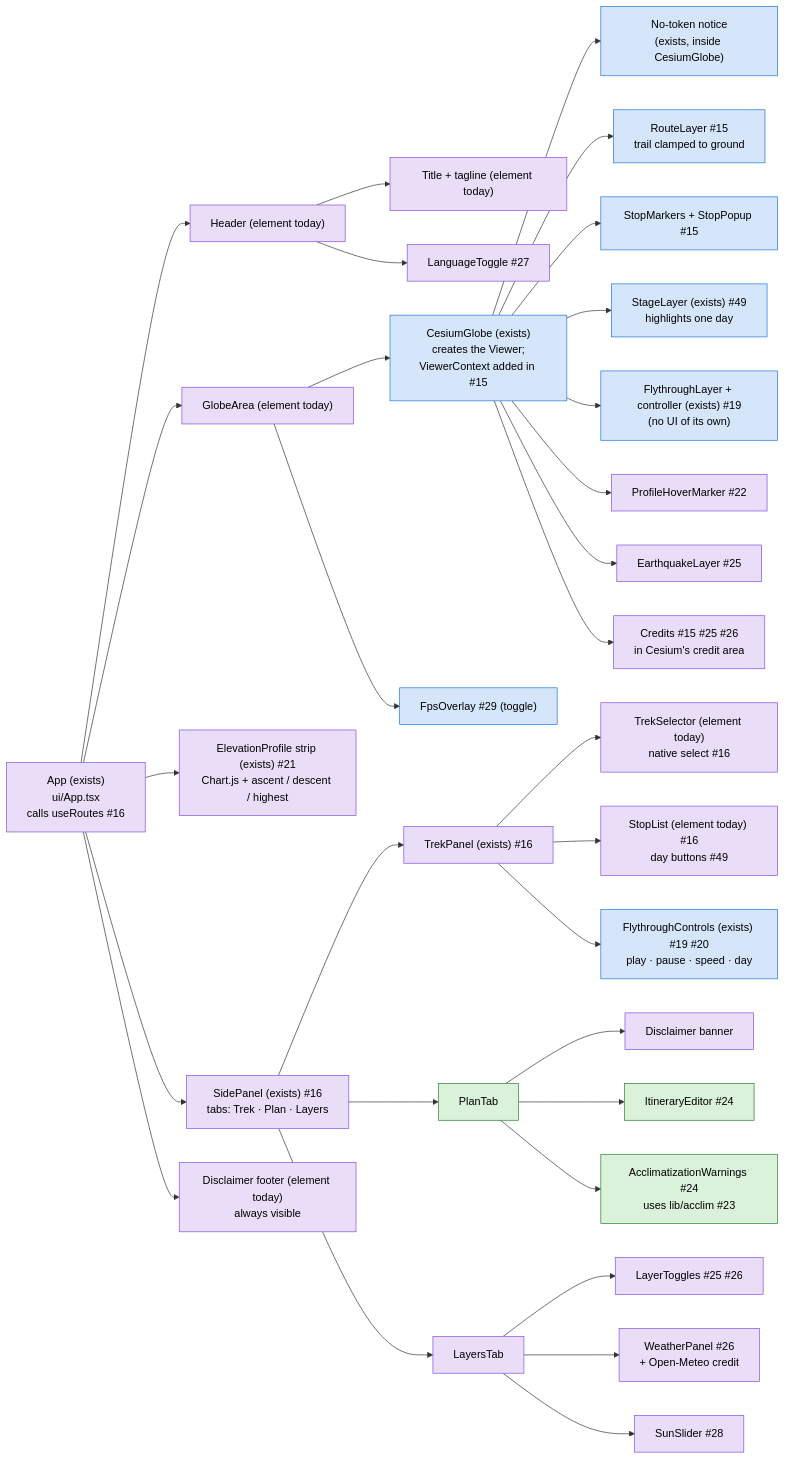
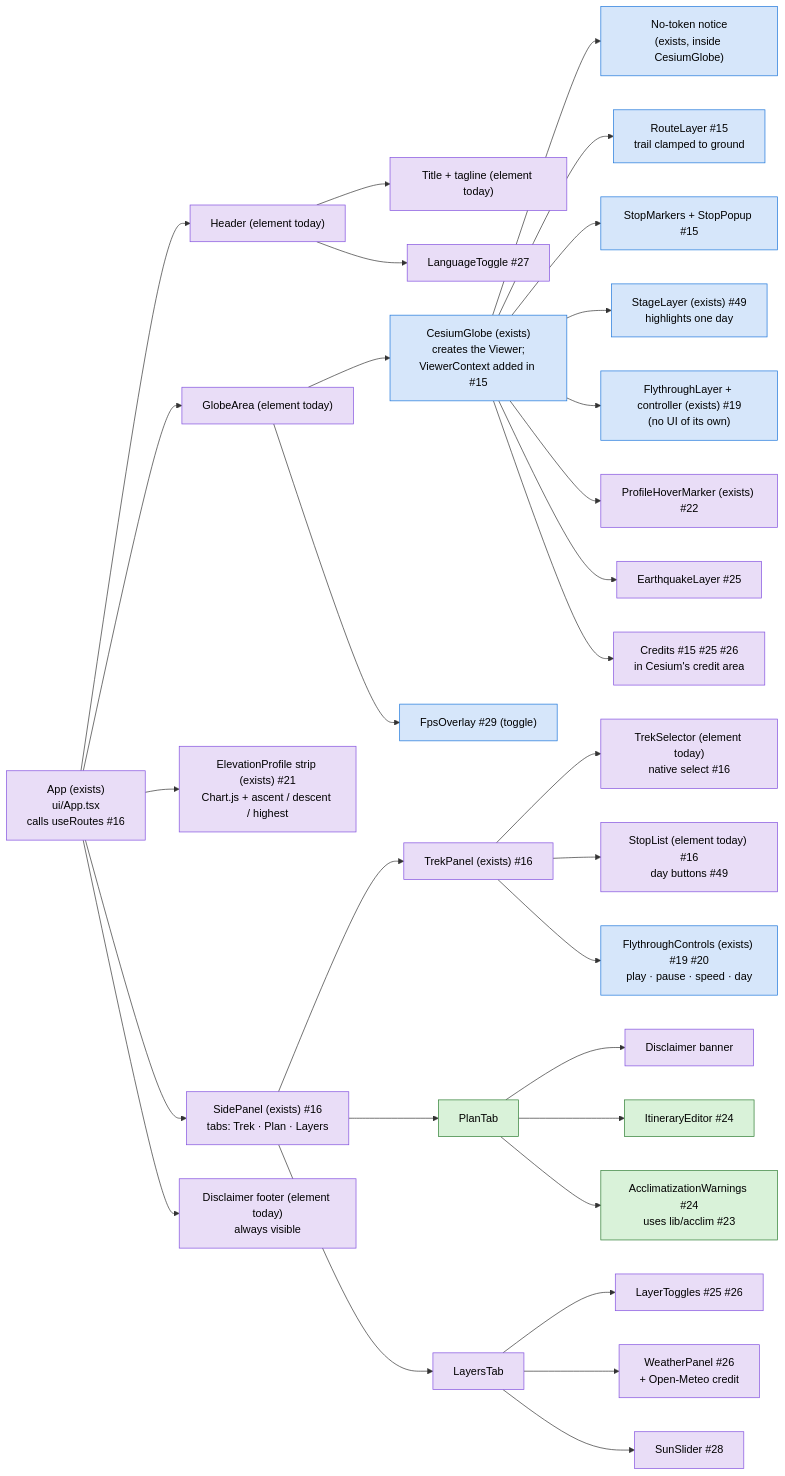
Before and after one commit to dipson6525/himalaya-3d: the first of 2 diagrams in docs/ui-design.md, drawn with Mermaid. The commit also changed other lines of this file and 5 other files, not shown here.

````diff
--- a/docs/ui-design.md
+++ b/docs/ui-design.md
@@ -51,42 +51,42 @@
 ```mermaid
 flowchart LR
   App["App (exists)<br/>ui/App.tsx<br/>calls useRoutes #16"]:::dipson
 
   App --> Header["Header (element today)"]:::dipson
   Header --> Title["Title + tagline (element today)"]:::dipson
   Header --> Lang["LanguageToggle #27"]:::dipson
 
   App --> GlobeArea["GlobeArea (element today)"]:::dipson
   GlobeArea --> Globe["CesiumGlobe (exists)<br/>creates the Viewer;<br/>ViewerContext added in #15"]:::sparsh
   Globe --> Notice["No-token notice<br/>(exists, inside CesiumGlobe)"]:::sparsh
   Globe --> RouteLayer["RouteLayer #15<br/>trail clamped to ground"]:::sparsh
   Globe --> Stops["StopMarkers + StopPopup #15"]:::sparsh
   Globe --> StageLayer["StageLayer (exists) #49<br/>highlights one day"]:::sparsh
   Globe --> Fly["FlythroughLayer + controller (exists) #19<br/>(no UI of its own)"]:::sparsh
-  Globe --> HoverMarker["ProfileHoverMarker #22"]:::dipson
+  Globe --> HoverMarker["ProfileHoverMarker (exists) #22"]:::dipson
   Globe --> Quakes["EarthquakeLayer #25"]:::dipson
   Globe --> Credits["Credits #15 #25 #26<br/>in Cesium's credit area"]:::dipson
   GlobeArea --> Fps["FpsOverlay #29 (toggle)"]:::sparsh
 
   App --> Profile["ElevationProfile strip (exists) #21<br/>Chart.js + ascent / descent / highest"]:::dipson
 
   App --> Panel["SidePanel (exists) #16<br/>tabs: Trek · Plan · Layers"]:::dipson
   Panel --> TrekTab["TrekPanel (exists) #16"]:::dipson
   TrekTab --> Selector["TrekSelector (element today)<br/>native select #16"]:::dipson
   TrekTab --> StopList["StopList (element today) #16<br/>day buttons #49"]:::dipson
   TrekTab --> FlyControls["FlythroughControls (exists) #19 #20<br/>play · pause · speed · day"]:::sparsh
   Panel --> PlanTab["PlanTab"]:::unique
   PlanTab --> PlanNote["Disclaimer banner"]:::dipson
   PlanTab --> Itinerary["ItineraryEditor #24"]:::unique
   PlanTab --> Warnings["AcclimatizationWarnings #24<br/>uses lib/acclim #23"]:::unique
   Panel --> LayersTab["LayersTab"]:::dipson
   LayersTab --> Toggles["LayerToggles #25 #26"]:::dipson
   LayersTab --> Weather["WeatherPanel #26<br/>+ Open-Meteo credit"]:::dipson
   LayersTab --> Sun["SunSlider #28"]:::dipson
 
   App --> Footer["Disclaimer footer (element today)<br/>always visible"]:::dipson
 
   classDef unique fill:#d9f2d9,stroke:#2e7d32,color:#000
   classDef sparsh fill:#d6e6fa,stroke:#1d76db,color:#000
   classDef dipson fill:#e9ddf7,stroke:#8250df,color:#000
 ```
````
